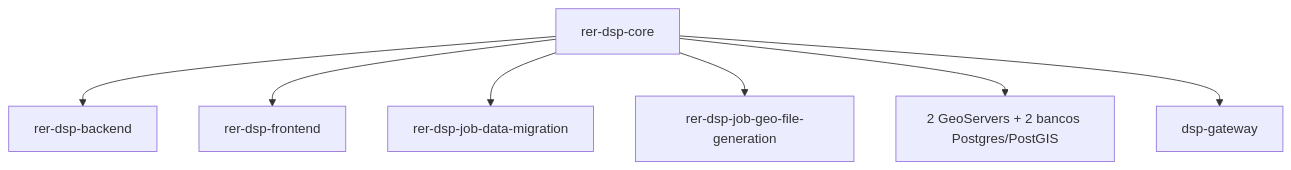
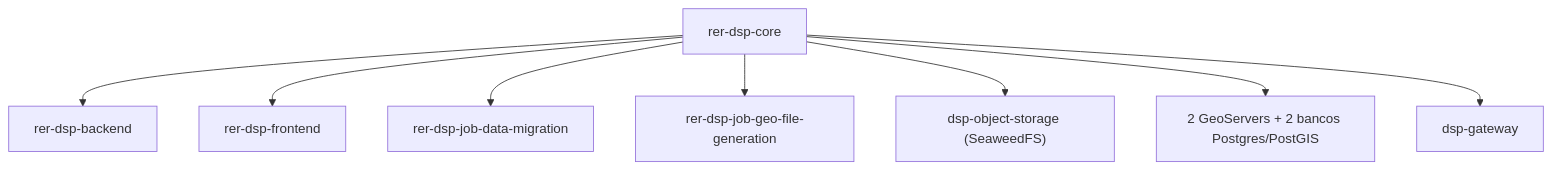
One commit to kleber-albino/rer-dsp-docs changed the first of 3 diagrams in docs/modules/core.md. Above: the diagram before and after it, drawn with Mermaid. The commit also changed other lines of this file and 1 other file, not shown here.

First line of the commit message:
docs: add SeaweedFS object storage and integration details

````diff
--- a/docs/modules/core.md
+++ b/docs/modules/core.md
@@ -9,17 +9,19 @@
 ```mermaid
 flowchart TD
   core["rer-dsp-core"]
   be["rer-dsp-backend"]
   fe["rer-dsp-frontend"]
   job["rer-dsp-job-data-migration"]
   geoFile["rer-dsp-job-geo-file-generation"]
+  storage["dsp-object-storage (SeaweedFS)"]
   gs["2 GeoServers + 2 bancos Postgres/PostGIS"]
   gw["dsp-gateway"]
 
   core --> be
   core --> fe
   core --> job
   core --> geoFile
+  core --> storage
   core --> gs
   core --> gw
 ```
````
